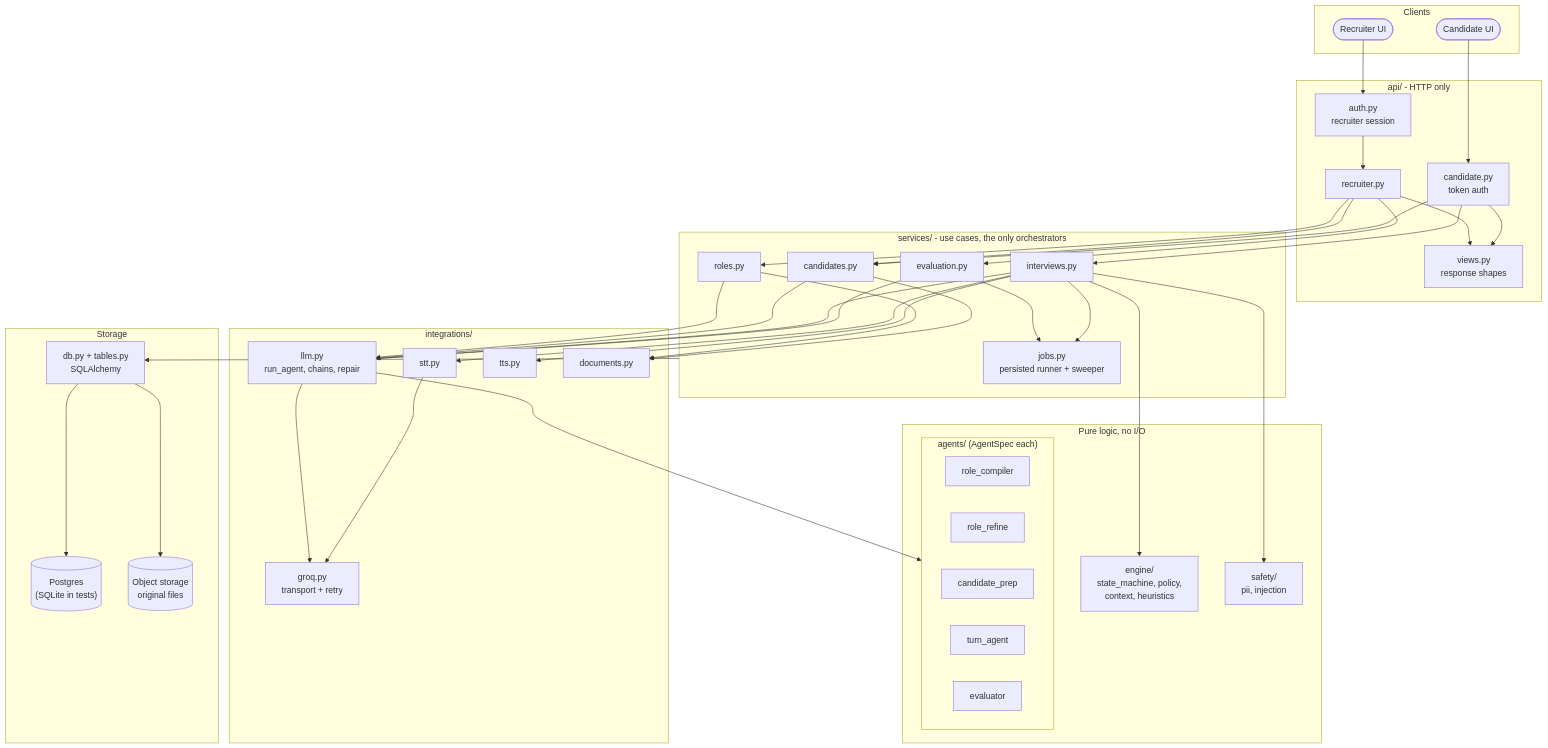
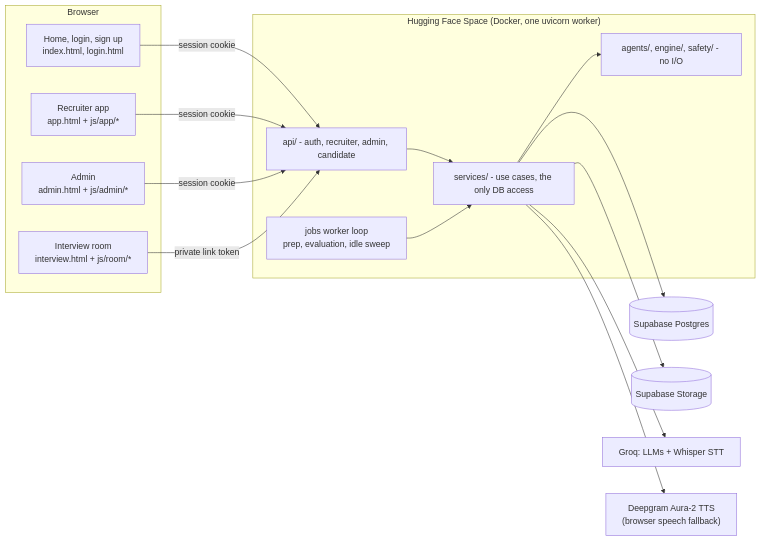
Before and after one commit to CodebyKumar/tryout: the eighth of 9 diagrams in docs/system-design.md, drawn with Mermaid. The commit also changed other lines of this file and 42 other files, not shown here.

````diff
--- a/docs/system-design.md
+++ b/docs/system-design.md
@@ -453,63 +477,30 @@
 ```mermaid
-flowchart TB
-    subgraph Clients
-        REC(["Recruiter UI"])
-        CAN(["Candidate UI"])
+flowchart LR
+    subgraph Browser
+        HOME["Home, login, sign up<br/>index.html, login.html"]
+        APP["Recruiter app<br/>app.html + js/app/*"]
+        ADM["Admin<br/>admin.html + js/admin/*"]
+        ROOM["Interview room<br/>interview.html + js/room/*"]
     end
 
-    subgraph API["api/ - HTTP only"]
-        AUTH["auth.py<br/>recruiter session"]
-        RAPI["recruiter.py"]
-        CAPI["candidate.py<br/>token auth"]
-        VIEWS["views.py<br/>response shapes"]
+    subgraph Space["Hugging Face Space (Docker, one uvicorn worker)"]
+        API["api/ - auth, recruiter, admin, candidate"]
+        SVC["services/ - use cases, the only DB access"]
+        JOBS["jobs worker loop<br/>prep, evaluation, idle sweep"]
+        CORE["agents/, engine/, safety/ - no I/O"]
     end
 
-    subgraph SVC["services/ - use cases, the only orchestrators"]
-        SROLE["roles.py"]
-        SCAND["candidates.py"]
-        SINT["interviews.py"]
-        SEVAL["evaluation.py"]
-        SJOB["jobs.py<br/>persisted runner + sweeper"]
-    end
+    PG[("Supabase Postgres")]
+    OBJ[("Supabase Storage")]
+    GROQ["Groq: LLMs + Whisper STT"]
+    TTS["Deepgram Aura-2 TTS<br/>(browser speech fallback)"]
 
-    subgraph DOMAIN["Pure logic, no I/O"]
-        subgraph AG["agents/ (AgentSpec each)"]
-            A1["role_compiler"]
-            A2["role_refine"]
-            A3["candidate_prep"]
-            A4["turn_agent"]
-            A5["evaluator"]
-        end
-        ENG["engine/<br/>state_machine, policy,<br/>context, heuristics"]
-        SAFE["safety/<br/>pii, injection"]
-    end
-
-    subgraph INT["integrations/"]
-        LLM["llm.py<br/>run_agent, chains, repair"]
-        GROQ["groq.py<br/>transport + retry"]
-        STT["stt.py"]
-        TTS["tts.py"]
-        DOCS["documents.py"]
-    end
-
-    subgraph DATA["Storage"]
-        REPO["db.py + tables.py<br/>SQLAlchemy"]
-        PG[("Postgres<br/>(SQLite in tests)")]
-        OBJ[("Object storage<br/>original files")]
-    end
-
-    REC --> AUTH --> RAPI
-    CAN --> CAPI
-    RAPI & CAPI --> VIEWS
-    RAPI --> SROLE & SCAND & SEVAL
-    CAPI --> SCAND & SINT
-    SINT --> ENG & SAFE
-    SROLE & SCAND & SINT & SEVAL --> LLM
-    LLM --> AG
-    SINT --> STT & TTS
-    SROLE & SCAND --> DOCS
-    SEVAL & SINT --> SJOB
-    LLM & STT --> GROQ
-    SVC --> REPO --> PG
-    REPO --> OBJ
+    HOME & APP & ADM -->|session cookie| API
+    ROOM -->|private link token| API
+    API --> SVC --> PG
+    SVC --> CORE
+    SVC --> GROQ
+    SVC --> TTS
+    SVC --> OBJ
+    JOBS --> SVC
 ```
````
